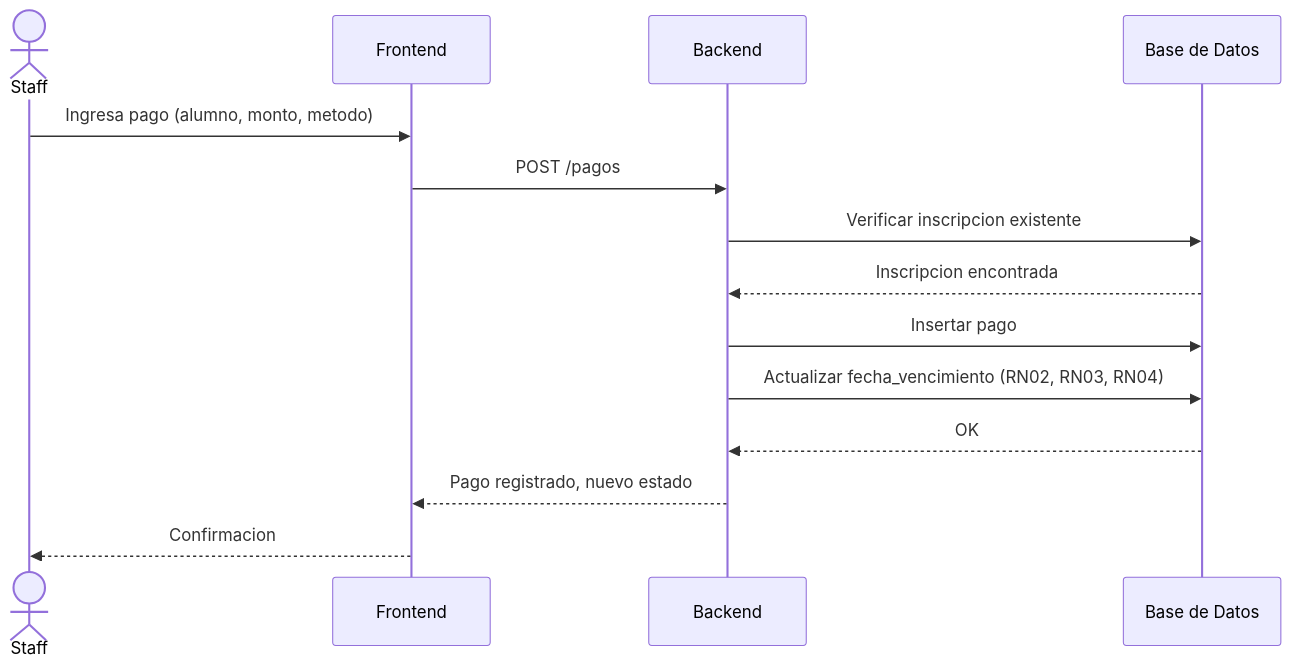
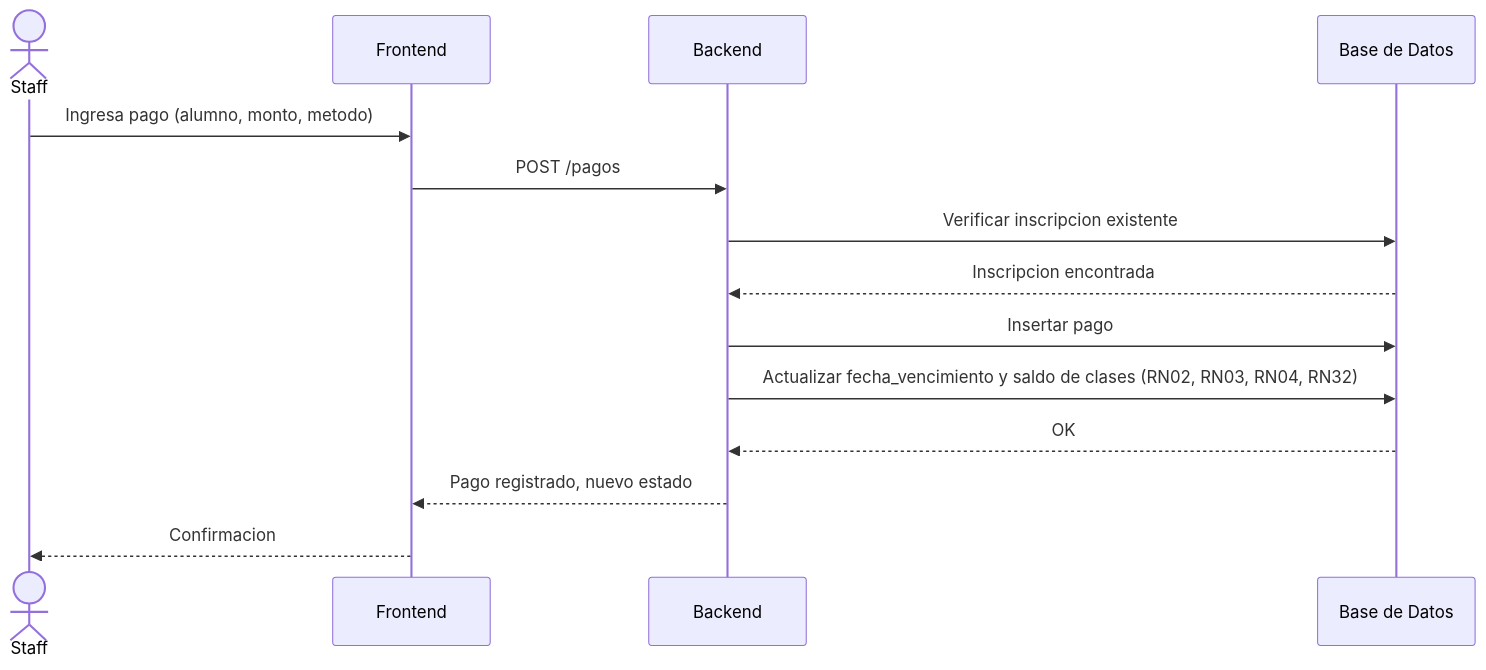
One commit to pao41/Trabajo-Final-Integrador changed the first of 5 diagrams in docs/diagramas_secuencia.md. Above: the diagram before and after it, drawn with Mermaid. The commit also changed other lines of this file, not shown here.

Commit message:
docs: actualizar secuencias con descuento de clases y agregar acceso del alumno y del personal

````diff
--- a/docs/diagramas_secuencia.md
+++ b/docs/diagramas_secuencia.md
@@ -5,17 +5,17 @@
 ```mermaid
 sequenceDiagram
     actor Staff
     participant Frontend
     participant Backend
     participant DB as Base de Datos
 
     Staff->>Frontend: Ingresa pago (alumno, monto, metodo)
     Frontend->>Backend: POST /pagos
     Backend->>DB: Verificar inscripcion existente
     DB-->>Backend: Inscripcion encontrada
     Backend->>DB: Insertar pago
-    Backend->>DB: Actualizar fecha_vencimiento (RN02, RN03, RN04)
+    Backend->>DB: Actualizar fecha_vencimiento y saldo de clases (RN02, RN03, RN04, RN32)
     DB-->>Backend: OK
     Backend-->>Frontend: Pago registrado, nuevo estado
     Frontend-->>Staff: Confirmacion
 ```
````
